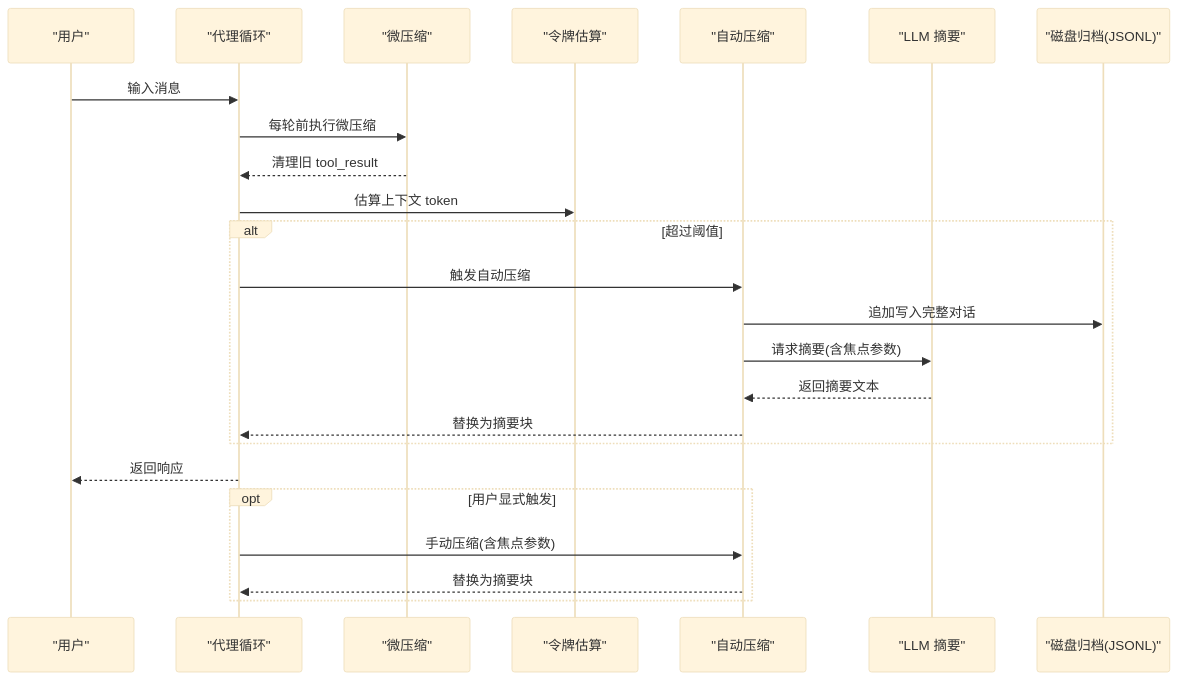
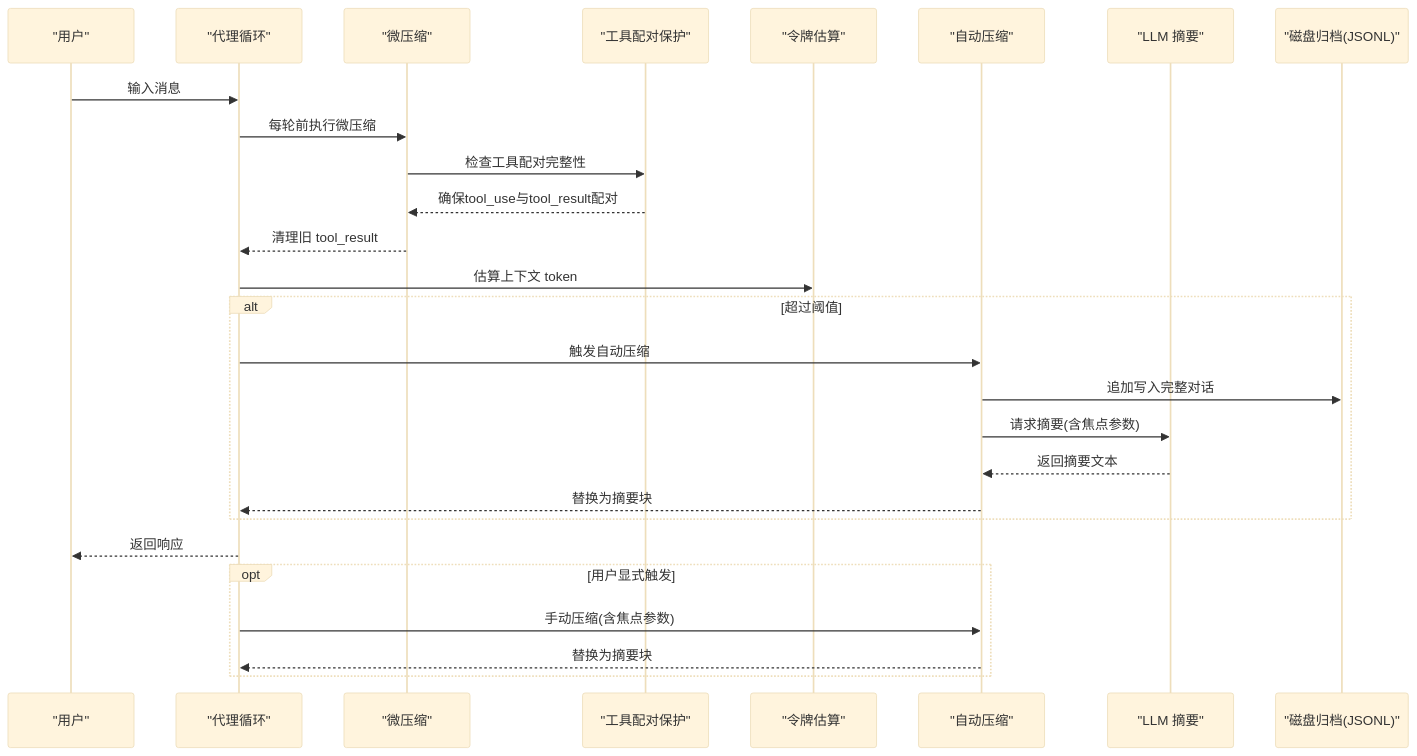
Before and after one commit to haolange/learn-claude-code: the second of 6 diagrams in .qoder/repowiki/zh/content/规划与知识管理/上下文压缩机制.md, drawn with Mermaid (base theme). The commit also changed other lines of this file and 6 other files, not shown here.

````diff
--- a/.qoder/repowiki/zh/content/规划与知识管理/上下文压缩机制.md
+++ b/.qoder/repowiki/zh/content/规划与知识管理/上下文压缩机制.md
@@ -96,26 +98,29 @@
 ```mermaid
 sequenceDiagram
 participant U as "用户"
 participant A as "代理循环"
 participant M as "微压缩"
+participant TP as "工具配对保护"
 participant T as "令牌估算"
 participant AC as "自动压缩"
 participant S as "LLM 摘要"
 participant D as "磁盘归档(JSONL)"
 U->>A : 输入消息
 A->>M : 每轮前执行微压缩
+M->>TP : 检查工具配对完整性
+TP-->>M : 确保tool_use与tool_result配对
 M-->>A : 清理旧 tool_result
 A->>T : 估算上下文 token
 alt 超过阈值
 A->>AC : 触发自动压缩
 AC->>D : 追加写入完整对话
 AC->>S : 请求摘要(含焦点参数)
 S-->>AC : 返回摘要文本
 AC-->>A : 替换为摘要块
 end
 A-->>U : 返回响应
 opt 用户显式触发
 A->>AC : 手动压缩(含焦点参数)
 AC-->>A : 替换为摘要块
 end
 ```
````
